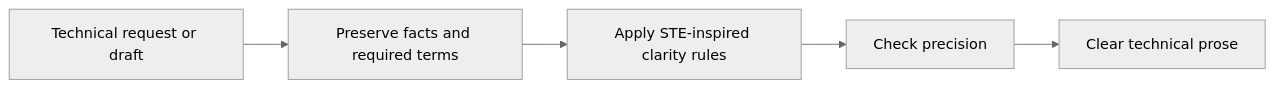
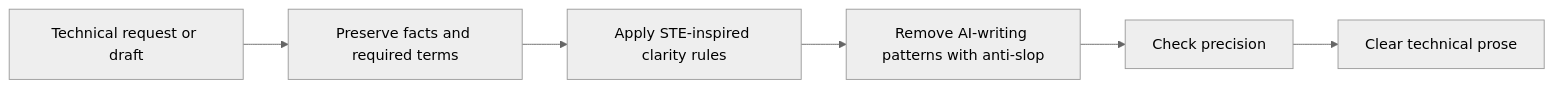
Before and after one commit to adeonir/agent-skills: the diagram in skills/productivity/plain-spoken/README.md, drawn with Mermaid (neutral theme). The commit also changed other lines of this file and 3 other files, not shown here.

````diff
--- a/skills/productivity/plain-spoken/README.md
+++ b/skills/productivity/plain-spoken/README.md
@@ -7,7 +7,8 @@
 ```mermaid
 flowchart LR
     R[Technical request or draft] --> C[Preserve facts and required terms]
     C --> S[Apply STE-inspired clarity rules]
-    S --> P[Check precision]
+    S --> A[Remove AI-writing patterns with anti-slop]
+    A --> P[Check precision]
     P --> O[Clear technical prose]
 ```
````
